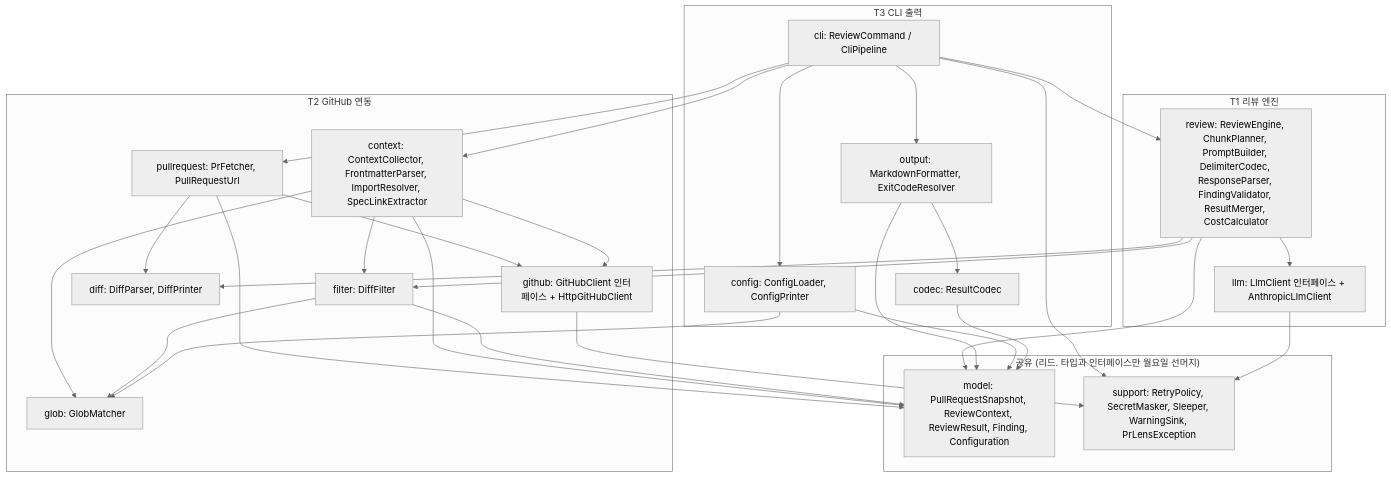
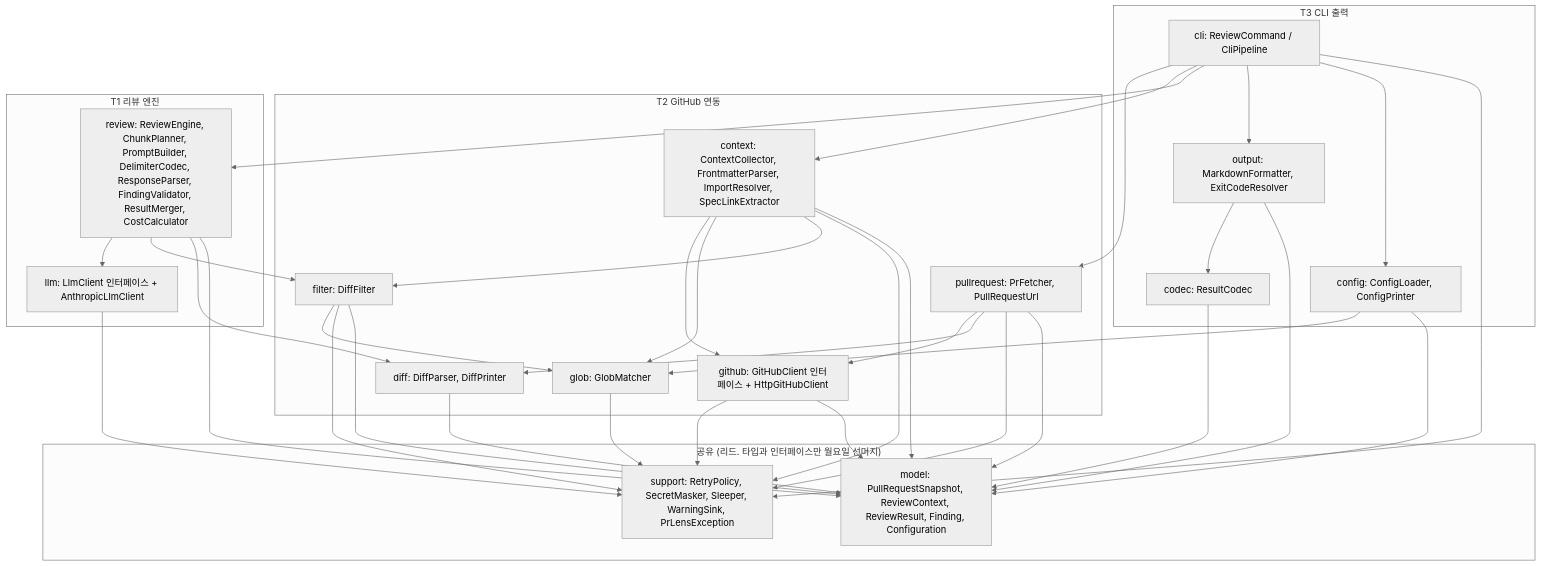
Before and after one commit to jjangyeesoo/claude-team-pr-lens: the first of 2 diagrams in docs/specs/pr-lens-p1-cli/design.md, drawn with Mermaid (neutral theme). The commit also changed other lines of this file and 81 other files, not shown here.

````diff
--- a/docs/specs/pr-lens-p1-cli/design.md
+++ b/docs/specs/pr-lens-p1-cli/design.md
@@ -35,37 +35,38 @@
 ```mermaid
 flowchart TB
   subgraph T3["T3 CLI 출력"]
     CLI[cli: ReviewCommand / CliPipeline]
     OUT[output: MarkdownFormatter, ExitCodeResolver]
     CFG[config: ConfigLoader, ConfigPrinter]
     CODEC[codec: ResultCodec]
   end
   subgraph T2["T2 GitHub 연동"]
     PRF[pullrequest: PrFetcher, PullRequestUrl]
     CTX[context: ContextCollector, FrontmatterParser, ImportResolver, SpecLinkExtractor]
     FIL[filter: DiffFilter]
     GLOB[glob: GlobMatcher]
     DIFF[diff: DiffParser, DiffPrinter]
     GH[github: GitHubClient 인터페이스 + HttpGitHubClient]
   end
   subgraph T1["T1 리뷰 엔진"]
     ENG[review: ReviewEngine, ChunkPlanner, PromptBuilder, DelimiterCodec, ResponseParser, FindingValidator, ResultMerger, CostCalculator]
     LLM[llm: LlmClient 인터페이스 + AnthropicLlmClient]
   end
   subgraph SHARED["공유 (리드. 타입과 인터페이스만 월요일 선머지)"]
     MODEL[model: PullRequestSnapshot, ReviewContext, ReviewResult, Finding, Configuration]
     SUP[support: RetryPolicy, SecretMasker, Sleeper, WarningSink, PrLensException]
   end
 
   CLI --> PRF & CTX & ENG & OUT & CFG
   OUT --> CODEC
   PRF --> GH & DIFF
   CTX --> GH & GLOB & FIL
   FIL --> GLOB
   ENG --> LLM & FIL & DIFF
   CFG --> GLOB
   CLI --> SUP
   GH --> SUP
   LLM --> SUP
-  PRF & CTX & ENG & OUT & CFG & CODEC & FIL --> MODEL
+  PRF & CTX & FIL & GLOB --> SUP
+  PRF & CTX & ENG & OUT & CFG & CODEC & FIL & GH & DIFF --> MODEL
 ```
````
